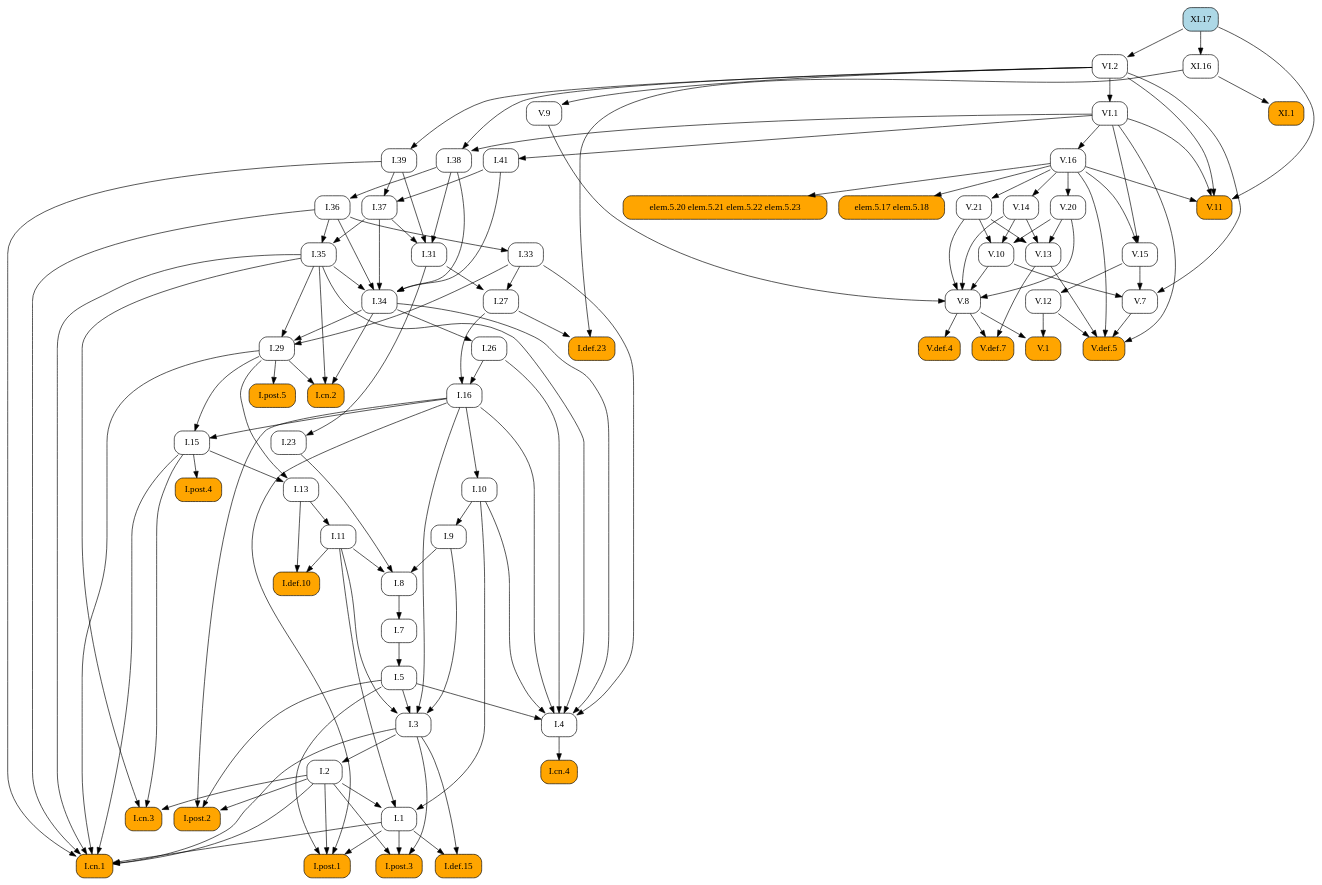
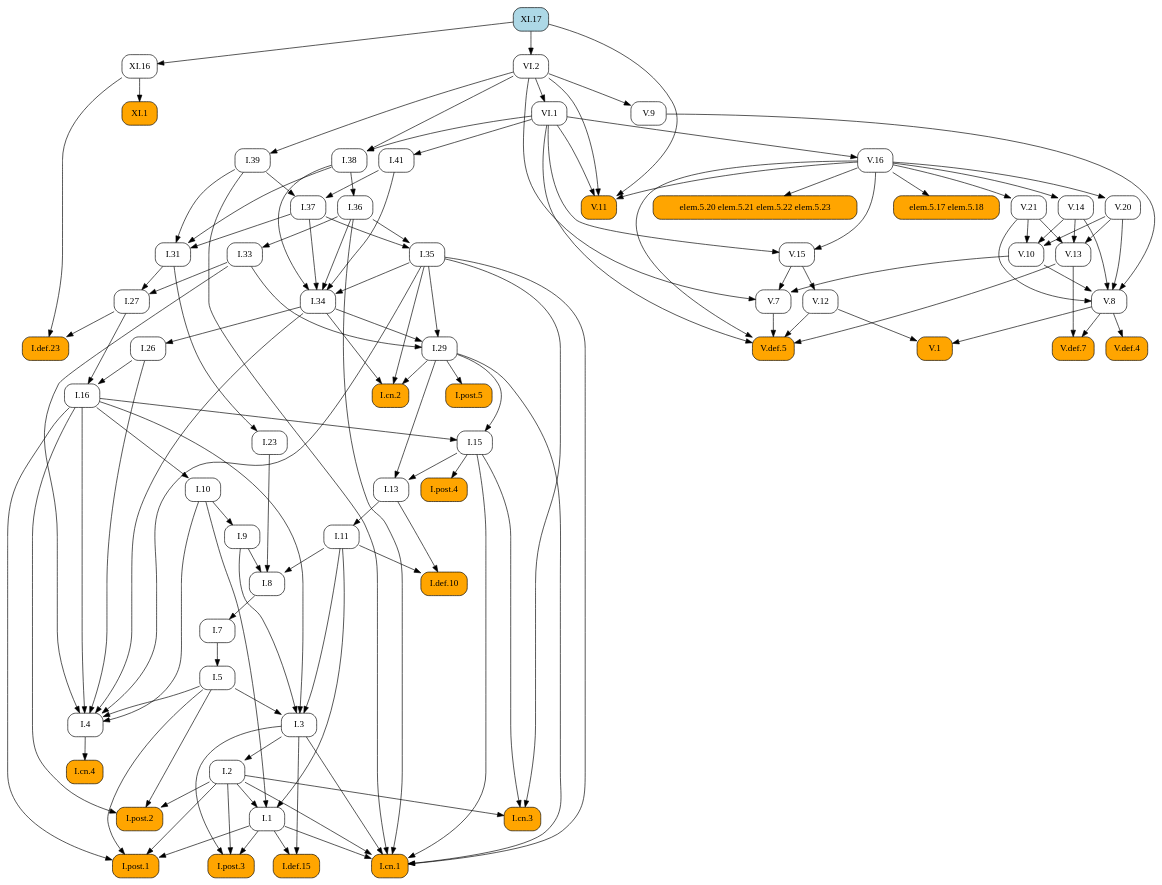
One commit to geometor/elements changed the diagram in docsrc/heath/XI/17/index.rst. Above: the diagram before and after it, drawn with Graphviz. The commit also changed other lines of this file and 1029 other files, not shown here.

```diff
--- a/docsrc/heath/XI/17/index.rst
+++ b/docsrc/heath/XI/17/index.rst
@@ -41,185 +41,110 @@
    digraph {
      rankdir="TB";
      node [shape=box, style=rounded];
-     "V.1" [style="rounded,filled", fillcolor=orange, URL="/heath/V/1/", target="_top"];
+     "I.def.10" [style="rounded,filled", fillcolor=orange, URL="/heath/I/def.10/", target="_top"];
+     "I.11" [URL="/heath/I/11/", target="_top"];
+     "I.post.4" [style="rounded,filled", fillcolor=orange, URL="/heath/I/post.4/", target="_top"];
+     "I.1" [URL="/heath/I/1/", target="_top"];
+     "I.39" [URL="/heath/I/39/", target="_top"];
+     "XI.17" [style="rounded,filled", fillcolor=lightblue, URL="/heath/XI/17/", target="_top"];
+     "I.26" [URL="/heath/I/26/", target="_top"];
+     "V.14" [URL="/heath/V/14/", target="_top"];
+     "V.def.5" [style="rounded,filled", fillcolor=orange, URL="/heath/V/def.5/", target="_top"];
+     "I.29" [URL="/heath/I/29/", target="_top"];
+     "V.12" [URL="/heath/V/12/", target="_top"];
+     "I.cn.2" [style="rounded,filled", fillcolor=orange, URL="/heath/I/cn.2/", target="_top"];
+     "V.20" [URL="/heath/V/20/", target="_top"];
+     "V.10" [URL="/heath/V/10/", target="_top"];
+     "V.11" [style="rounded,filled", fillcolor=orange, URL="/heath/V/11/", target="_top"];
+     "VI.2" [URL="/heath/VI/2/", target="_top"];
+     "V.13" [URL="/heath/V/13/", target="_top"];
+     "I.def.15" [style="rounded,filled", fillcolor=orange, URL="/heath/I/def.15/", target="_top"];
+     "V.15" [URL="/heath/V/15/", target="_top"];
+     "VI.1" [URL="/heath/VI/1/", target="_top"];
+     "I.post.3" [style="rounded,filled", fillcolor=orange, URL="/heath/I/post.3/", target="_top"];
+     "XI.1" [style="rounded,filled", fillcolor=orange, URL="/heath/XI/1/", target="_top"];
+     "I.cn.1" [style="rounded,filled", fillcolor=orange, URL="/heath/I/cn.1/", target="_top"];
      "I.cn.3" [style="rounded,filled", fillcolor=orange, URL="/heath/I/cn.3/", target="_top"];
-     "I.29" [URL="/heath/I/29/", target="_top"];
-     "I.7" [URL="/heath/I/7/", target="_top"];
+     "V.7" [URL="/heath/V/7/", target="_top"];
+     "V.9" [URL="/heath/V/9/", target="_top"];
+     "V.16" [URL="/heath/V/16/", target="_top"];
+     "I.23" [URL="/heath/I/23/", target="_top"];
+     "I.post.1" [style="rounded,filled", fillcolor=orange, URL="/heath/I/post.1/", target="_top"];
+     "I.35" [URL="/heath/I/35/", target="_top"];
+     "XI.16" [URL="/heath/XI/16/", target="_top"];
+     "I.36" [URL="/heath/I/36/", target="_top"];
+     "V.8" [URL="/heath/V/8/", target="_top"];
+     "I.41" [URL="/heath/I/41/", target="_top"];
      "I.27" [URL="/heath/I/27/", target="_top"];
-     "I.38" [URL="/heath/I/38/", target="_top"];
-     "I.def.23" [style="rounded,filled", fillcolor=orange, URL="/heath/I/def.23/", target="_top"];
-     "V.15" [URL="/heath/V/15/", target="_top"];
      "I.37" [URL="/heath/I/37/", target="_top"];
      "I.34" [URL="/heath/I/34/", target="_top"];
-     "V.16" [URL="/heath/V/16/", target="_top"];
-     "V.20" [URL="/heath/V/20/", target="_top"];
+     "I.7" [URL="/heath/I/7/", target="_top"];
+     "I.3" [URL="/heath/I/3/", target="_top"];
+     "I.2" [URL="/heath/I/2/", target="_top"];
+     "I.def.23" [style="rounded,filled", fillcolor=orange, URL="/heath/I/def.23/", target="_top"];
+     "I.4" [URL="/heath/I/4/", target="_top"];
+     "I.13" [URL="/heath/I/13/", target="_top"];
+     "I.33" [URL="/heath/I/33/", target="_top"];
+     "I.31" [URL="/heath/I/31/", target="_top"];
+     "I.post.2" [style="rounded,filled", fillcolor=orange, URL="/heath/I/post.2/", target="_top"];
+     "V.1" [style="rounded,filled", fillcolor=orange, URL="/heath/V/1/", target="_top"];
+     "I.16" [URL="/heath/I/16/", target="_top"];
+     "elem.5.20 elem.5.21 elem.5.22 elem.5.23" [style="rounded,filled", fillcolor=orange];
+     "elem.5.17 elem.5.18" [style="rounded,filled", fillcolor=orange];
+     "I.9" [URL="/heath/I/9/", target="_top"];
      "I.8" [URL="/heath/I/8/", target="_top"];
-     "I.9" [URL="/heath/I/9/", target="_top"];
      "V.def.4" [style="rounded,filled", fillcolor=orange, URL="/heath/V/def.4/", target="_top"];
+     "I.cn.4" [style="rounded,filled", fillcolor=orange, URL="/heath/I/cn.4/", target="_top"];
+     "I.15" [URL="/heath/I/15/", target="_top"];
+     "I.post.5" [style="rounded,filled", fillcolor=orange, URL="/heath/I/post.5/", target="_top"];
+     "I.38" [URL="/heath/I/38/", target="_top"];
+     "V.def.7" [style="rounded,filled", fillcolor=orange, URL="/heath/V/def.7/", target="_top"];
+     "I.10" [URL="/heath/I/10/", target="_top"];
+     "I.5" [URL="/heath/I/5/", target="_top"];
      "V.21" [URL="/heath/V/21/", target="_top"];
-     "V.8" [URL="/heath/V/8/", target="_top"];
-     "I.post.4" [style="rounded,filled", fillcolor=orange, URL="/heath/I/post.4/", target="_top"];
-     "I.2" [URL="/heath/I/2/", target="_top"];
-     "V.7" [URL="/heath/V/7/", target="_top"];
-     "I.1" [URL="/heath/I/1/", target="_top"];
-     "I.def.15" [style="rounded,filled", fillcolor=orange, URL="/heath/I/def.15/", target="_top"];
-     "V.13" [URL="/heath/V/13/", target="_top"];
-     "XI.1" [style="rounded,filled", fillcolor=orange, URL="/heath/XI/1/", target="_top"];
-     "I.post.1" [style="rounded,filled", fillcolor=orange, URL="/heath/I/post.1/", target="_top"];
-     "I.cn.4" [style="rounded,filled", fillcolor=orange, URL="/heath/I/cn.4/", target="_top"];
-     "I.26" [URL="/heath/I/26/", target="_top"];
-     "I.33" [URL="/heath/I/33/", target="_top"];
-     "VI.2" [URL="/heath/VI/2/", target="_top"];
-     "V.def.7" [style="rounded,filled", fillcolor=orange, URL="/heath/V/def.7/", target="_top"];
-     "I.39" [URL="/heath/I/39/", target="_top"];
-     "elem.5.20 elem.5.21 elem.5.22 elem.5.23" [style="rounded,filled", fillcolor=orange];
-     "XI.17" [style="rounded,filled", fillcolor=lightblue, URL="/heath/XI/17/", target="_top"];
-     "I.23" [URL="/heath/I/23/", target="_top"];
-     "I.13" [URL="/heath/I/13/", target="_top"];
-     "I.cn.2" [style="rounded,filled", fillcolor=orange, URL="/heath/I/cn.2/", target="_top"];
-     "I.5" [URL="/heath/I/5/", target="_top"];
-     "I.11" [URL="/heath/I/11/", target="_top"];
-     "V.10" [URL="/heath/V/10/", target="_top"];
-     "V.def.5" [style="rounded,filled", fillcolor=orange, URL="/heath/V/def.5/", target="_top"];
-     "I.4" [URL="/heath/I/4/", target="_top"];
-     "I.10" [URL="/heath/I/10/", target="_top"];
-     "I.3" [URL="/heath/I/3/", target="_top"];
-     "I.16" [URL="/heath/I/16/", target="_top"];
-     "I.31" [URL="/heath/I/31/", target="_top"];
-     "I.def.10" [style="rounded,filled", fillcolor=orange, URL="/heath/I/def.10/", target="_top"];
-     "V.11" [style="rounded,filled", fillcolor=orange, URL="/heath/V/11/", target="_top"];
-     "I.post.2" [style="rounded,filled", fillcolor=orange, URL="/heath/I/post.2/", target="_top"];
-     "I.post.3" [style="rounded,filled", fillcolor=orange, URL="/heath/I/post.3/", target="_top"];
-     "VI.1" [URL="/heath/VI/1/", target="_top"];
-     "V.9" [URL="/heath/V/9/", target="_top"];
-     "I.post.5" [style="rounded,filled", fillcolor=orange, URL="/heath/I/post.5/", target="_top"];
-     "elem.5.17 elem.5.18" [style="rounded,filled", fillcolor=orange];
-     "I.36" [URL="/heath/I/36/", target="_top"];
-     "I.35" [URL="/heath/I/35/", target="_top"];
-     "V.12" [URL="/heath/V/12/", target="_top"];
-     "I.15" [URL="/heath/I/15/", target="_top"];
-     "I.cn.1" [style="rounded,filled", fillcolor=orange, URL="/heath/I/cn.1/", target="_top"];
-     "V.14" [URL="/heath/V/14/", target="_top"];
-     "I.41" [URL="/heath/I/41/", target="_top"];
-     "XI.16" [URL="/heath/XI/16/", target="_top"];
-     "V.8" -> "V.1";
-     "V.12" -> "V.1";
-     "I.2" -> "I.cn.3";
-     "I.15" -> "I.cn.3";
-     "I.35" -> "I.cn.3";
-     "I.33" -> "I.29";
-     "I.34" -> "I.29";
-     "I.35" -> "I.29";
-     "I.8" -> "I.7";
-     "I.31" -> "I.27";
-     "I.33" -> "I.27";
-     "VI.1" -> "I.38";
-     "VI.2" -> "I.38";
-     "I.27" -> "I.def.23";
-     "XI.16" -> "I.def.23";
-     "V.16" -> "V.15";
-     "VI.1" -> "V.15";
-     "I.39" -> "I.37";
-     "I.41" -> "I.37";
-     "I.35" -> "I.34";
-     "I.36" -> "I.34";
-     "I.37" -> "I.34";
-     "I.38" -> "I.34";
-     "I.41" -> "I.34";
-     "VI.1" -> "V.16";
-     "V.16" -> "V.20";
-     "I.9" -> "I.8";
-     "I.11" -> "I.8";
-     "I.23" -> "I.8";
-     "I.10" -> "I.9";
-     "V.8" -> "V.def.4";
-     "V.16" -> "V.21";
-     "V.9" -> "V.8";
-     "V.10" -> "V.8";
-     "V.14" -> "V.8";
-     "V.20" -> "V.8";
-     "V.21" -> "V.8";
+     "I.11" -> "I.def.10";
+     "I.13" -> "I.def.10";
+     "I.13" -> "I.11";
      "I.15" -> "I.post.4";
-     "I.3" -> "I.2";
-     "V.10" -> "V.7";
-     "V.15" -> "V.7";
-     "VI.2" -> "V.7";
      "I.2" -> "I.1";
      "I.10" -> "I.1";
      "I.11" -> "I.1";
-     "I.1" -> "I.def.15";
-     "I.3" -> "I.def.15";
-     "V.14" -> "V.13";
-     "V.20" -> "V.13";
-     "V.21" -> "V.13";
-     "XI.16" -> "XI.1";
-     "I.1" -> "I.post.1";
-     "I.2" -> "I.post.1";
-     "I.5" -> "I.post.1";
-     "I.16" -> "I.post.1";
-     "I.4" -> "I.cn.4";
+     "VI.2" -> "I.39";
      "I.34" -> "I.26";
-     "I.36" -> "I.33";
-     "XI.17" -> "VI.2";
-     "V.8" -> "V.def.7";
-     "V.13" -> "V.def.7";
-     "VI.2" -> "I.39";
-     "V.16" -> "elem.5.20 elem.5.21 elem.5.22 elem.5.23";
-     "I.31" -> "I.23";
-     "I.15" -> "I.13";
-     "I.29" -> "I.13";
-     "I.29" -> "I.cn.2";
-     "I.34" -> "I.cn.2";
-     "I.35" -> "I.cn.2";
-     "I.7" -> "I.5";
-     "I.13" -> "I.11";
-     "V.14" -> "V.10";
-     "V.20" -> "V.10";
-     "V.21" -> "V.10";
+     "V.16" -> "V.14";
      "V.7" -> "V.def.5";
      "V.12" -> "V.def.5";
      "V.13" -> "V.def.5";
      "V.16" -> "V.def.5";
      "VI.1" -> "V.def.5";
-     "I.5" -> "I.4";
-     "I.10" -> "I.4";
-     "I.16" -> "I.4";
-     "I.26" -> "I.4";
-     "I.33" -> "I.4";
-     "I.34" -> "I.4";
-     "I.35" -> "I.4";
-     "I.16" -> "I.10";
-     "I.5" -> "I.3";
-     "I.9" -> "I.3";
-     "I.11" -> "I.3";
-     "I.16" -> "I.3";
-     "I.26" -> "I.16";
-     "I.27" -> "I.16";
-     "I.37" -> "I.31";
-     "I.38" -> "I.31";
-     "I.39" -> "I.31";
-     "I.11" -> "I.def.10";
-     "I.13" -> "I.def.10";
+     "I.33" -> "I.29";
+     "I.34" -> "I.29";
+     "I.35" -> "I.29";
+     "V.15" -> "V.12";
+     "I.29" -> "I.cn.2";
+     "I.34" -> "I.cn.2";
+     "I.35" -> "I.cn.2";
+     "V.16" -> "V.20";
+     "V.14" -> "V.10";
+     "V.20" -> "V.10";
+     "V.21" -> "V.10";
      "V.16" -> "V.11";
      "VI.1" -> "V.11";
      "VI.2" -> "V.11";
      "XI.17" -> "V.11";
-     "I.2" -> "I.post.2";
-     "I.5" -> "I.post.2";
-     "I.16" -> "I.post.2";
+     "XI.17" -> "VI.2";
+     "V.14" -> "V.13";
+     "V.20" -> "V.13";
+     "V.21" -> "V.13";
+     "I.1" -> "I.def.15";
+     "I.3" -> "I.def.15";
+     "V.16" -> "V.15";
+     "VI.1" -> "V.15";
+     "VI.2" -> "VI.1";
      "I.1" -> "I.post.3";
      "I.2" -> "I.post.3";
      "I.3" -> "I.post.3";
-     "VI.2" -> "VI.1";
-     "VI.2" -> "V.9";
-     "I.29" -> "I.post.5";
-     "V.16" -> "elem.5.17 elem.5.18";
-     "I.38" -> "I.36";
-     "I.36" -> "I.35";
-     "I.37" -> "I.35";
-     "V.15" -> "V.12";
-     "I.16" -> "I.15";
-     "I.29" -> "I.15";
+     "XI.16" -> "XI.1";
      "I.1" -> "I.cn.1";
      "I.2" -> "I.cn.1";
      "I.3" -> "I.cn.1";
@@ -228,7 +153,82 @@
      "I.35" -> "I.cn.1";
      "I.36" -> "I.cn.1";
      "I.39" -> "I.cn.1";
-     "V.16" -> "V.14";
+     "I.2" -> "I.cn.3";
+     "I.15" -> "I.cn.3";
+     "I.35" -> "I.cn.3";
+     "V.10" -> "V.7";
+     "V.15" -> "V.7";
+     "VI.2" -> "V.7";
+     "VI.2" -> "V.9";
+     "VI.1" -> "V.16";
+     "I.31" -> "I.23";
+     "I.1" -> "I.post.1";
+     "I.2" -> "I.post.1";
+     "I.5" -> "I.post.1";
+     "I.16" -> "I.post.1";
+     "I.36" -> "I.35";
+     "I.37" -> "I.35";
+     "XI.17" -> "XI.16";
+     "I.38" -> "I.36";
+     "V.9" -> "V.8";
+     "V.10" -> "V.8";
+     "V.14" -> "V.8";
+     "V.20" -> "V.8";
+     "V.21" -> "V.8";
      "VI.1" -> "I.41";
-     "XI.17" -> "XI.16";
+     "I.31" -> "I.27";
+     "I.33" -> "I.27";
+     "I.39" -> "I.37";
+     "I.41" -> "I.37";
+     "I.35" -> "I.34";
+     "I.36" -> "I.34";
+     "I.37" -> "I.34";
+     "I.38" -> "I.34";
+     "I.41" -> "I.34";
+     "I.8" -> "I.7";
+     "I.5" -> "I.3";
+     "I.9" -> "I.3";
+     "I.11" -> "I.3";
+     "I.16" -> "I.3";
+     "I.3" -> "I.2";
+     "I.27" -> "I.def.23";
+     "XI.16" -> "I.def.23";
+     "I.5" -> "I.4";
+     "I.10" -> "I.4";
+     "I.16" -> "I.4";
+     "I.26" -> "I.4";
+     "I.33" -> "I.4";
+     "I.34" -> "I.4";
+     "I.35" -> "I.4";
+     "I.15" -> "I.13";
+     "I.29" -> "I.13";
+     "I.36" -> "I.33";
+     "I.37" -> "I.31";
+     "I.38" -> "I.31";
+     "I.39" -> "I.31";
+     "I.2" -> "I.post.2";
+     "I.5" -> "I.post.2";
+     "I.16" -> "I.post.2";
+     "V.8" -> "V.1";
+     "V.12" -> "V.1";
+     "I.26" -> "I.16";
+     "I.27" -> "I.16";
+     "V.16" -> "elem.5.20 elem.5.21 elem.5.22 elem.5.23";
+     "V.16" -> "elem.5.17 elem.5.18";
+     "I.10" -> "I.9";
+     "I.9" -> "I.8";
+     "I.11" -> "I.8";
+     "I.23" -> "I.8";
+     "V.8" -> "V.def.4";
+     "I.4" -> "I.cn.4";
+     "I.16" -> "I.15";
+     "I.29" -> "I.15";
+     "I.29" -> "I.post.5";
+     "VI.1" -> "I.38";
+     "VI.2" -> "I.38";
+     "V.8" -> "V.def.7";
+     "V.13" -> "V.def.7";
+     "I.16" -> "I.10";
+     "I.7" -> "I.5";
+     "V.16" -> "V.21";
    }
```
